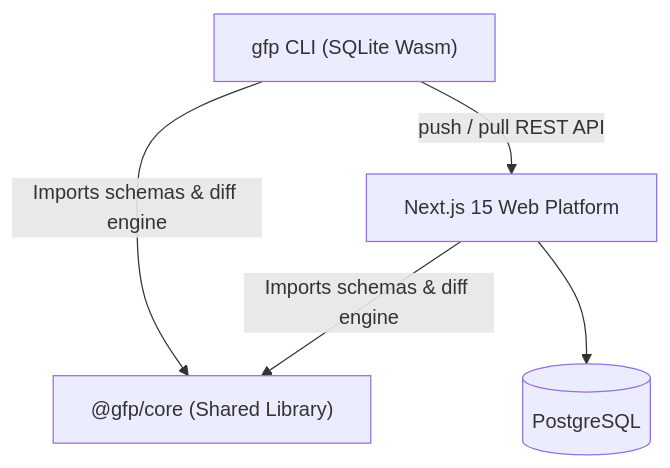
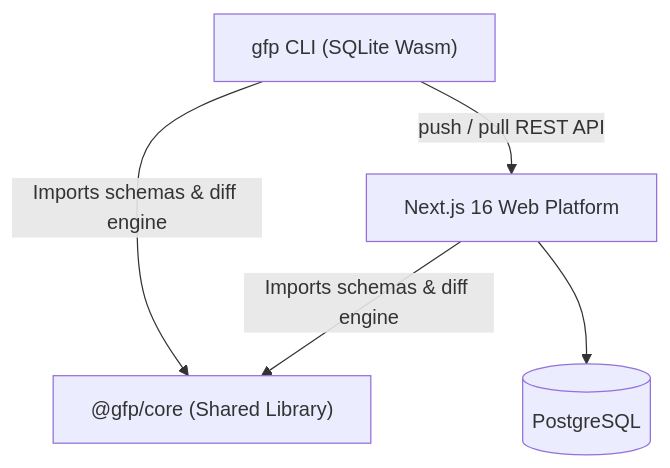
Before and after one commit to kwakhare5/Git-for-Prompts: the diagram in README.md, drawn with Mermaid. The commit also changed other lines of this file and 12 other files, not shown here.

Commit message:
docs: sync README tech stack versions and update knowledge graph

````diff
--- a/README.md
+++ b/README.md
@@ -119,12 +119,12 @@
 ```mermaid
 flowchart TD
     Core["@gfp/core (Shared Library)"]
     CLI["gfp CLI (SQLite Wasm)"]
-    Web["Next.js 15 Web Platform"]
+    Web["Next.js 16 Web Platform"]
     DB[(PostgreSQL)]
 
     CLI -->|Imports schemas & diff engine| Core
     Web -->|Imports schemas & diff engine| Core
     CLI -->|push / pull REST API| Web
     Web --> DB
 ```
````
